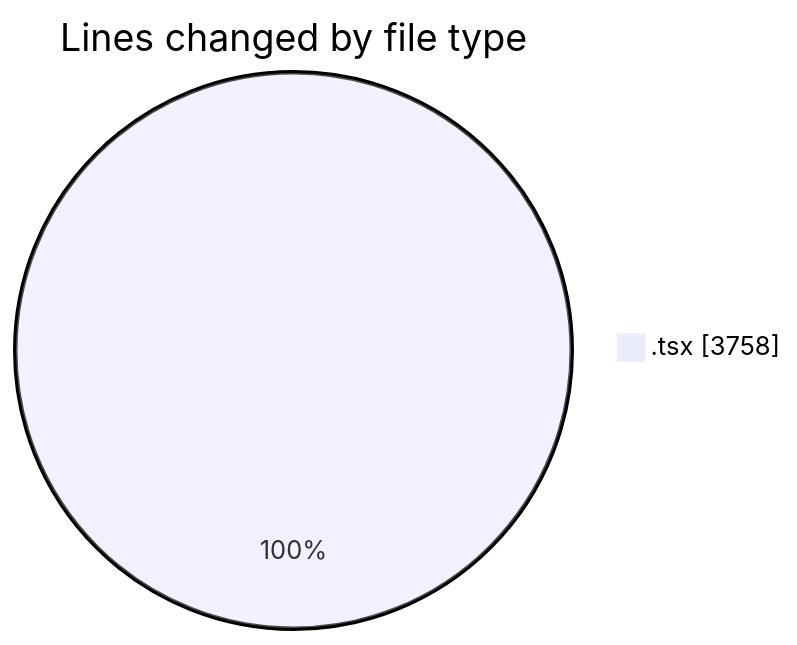
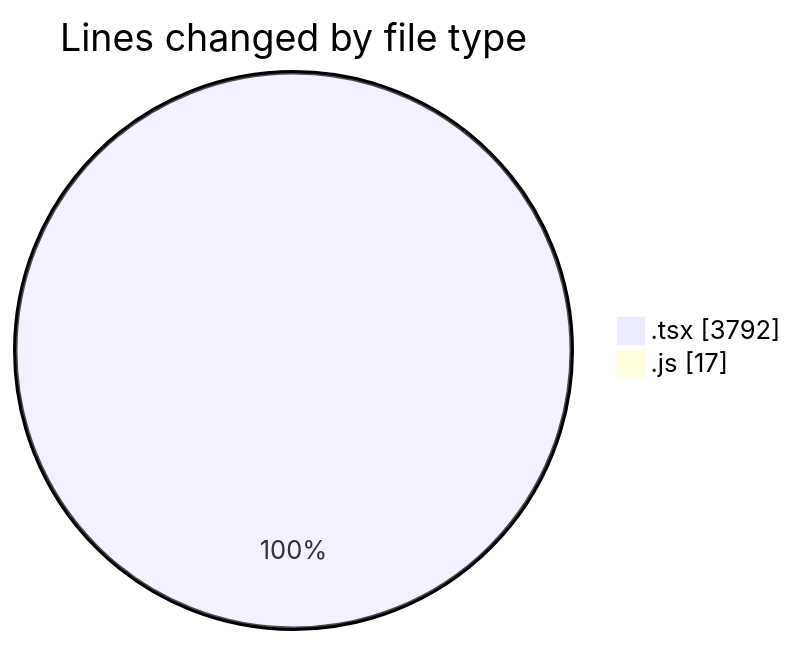
One commit to lephambinh05/code-tracking changed the first of 2 diagrams in 2025-08-21/napxuvn/README.md. Above: the diagram before and after it, drawn with Mermaid. The commit also changed other lines of this file and 1 other file, not shown here.

````diff
--- a/2025-08-21/napxuvn/README.md
+++ b/2025-08-21/napxuvn/README.md
@@ -35,5 +37,6 @@
 ```mermaid
 pie showData
 title Lines changed by file type
-".tsx" : 3758
+".tsx" : 3792
+".js" : 17
 ```
````
